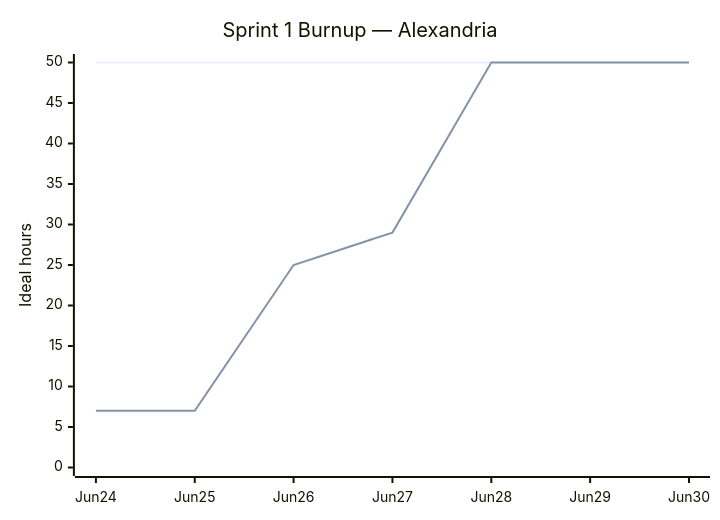
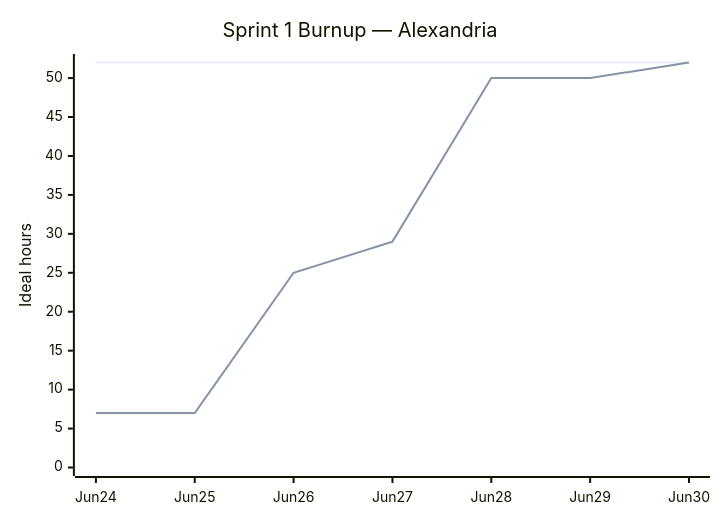
One commit to ucsc-cse115a-alexandria/alexandria changed the diagram in docs/sprint-1-plan.md. Above: the diagram before and after it, drawn with Mermaid. The commit also changed other lines of this file and 4 other files, not shown here.

````diff
--- a/docs/sprint-1-plan.md
+++ b/docs/sprint-1-plan.md
@@ -87,8 +97,8 @@
 ```mermaid
 xychart-beta
     title "Sprint 1 Burnup — Alexandria"
     x-axis [Jun24, Jun25, Jun26, Jun27, Jun28, Jun29, Jun30]
-    y-axis "Ideal hours" 0 --> 50
-    line [50, 50, 50, 50, 50, 50, 50]
-    line [7, 7, 25, 29, 50, 50, 50]
+    y-axis "Ideal hours" 0 --> 52
+    line [52, 52, 52, 52, 52, 52, 52]
+    line [7, 7, 25, 29, 50, 50, 52]
 ```
````
